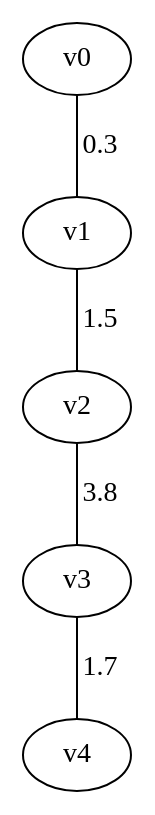
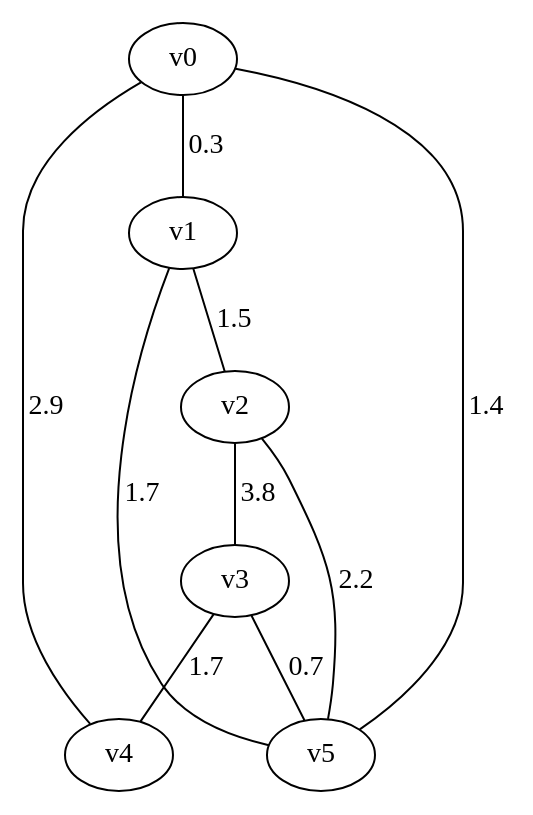
Before and after one commit to danielbergholz/routing-algorithms-python: the diagram in g2.dot, drawn with Graphviz. The commit also changed 1 other file, not shown here.

```diff
--- a/g2.dot
+++ b/g2.dot
@@ -1,6 +1,11 @@
 graph g {
     v0 -- v1 [label=0.3];
     v1 -- v2 [label=1.5];
     v2 -- v3 [label=3.8];
     v3 -- v4 [label=1.7];
+    v0 -- v5 [label=1.4];
+    v1 -- v5 [label=1.7];
+    v2 -- v5 [label=2.2];
+    v3 -- v5 [label=0.7];
+    v4 -- v0 [label=2.9];
 }
```
